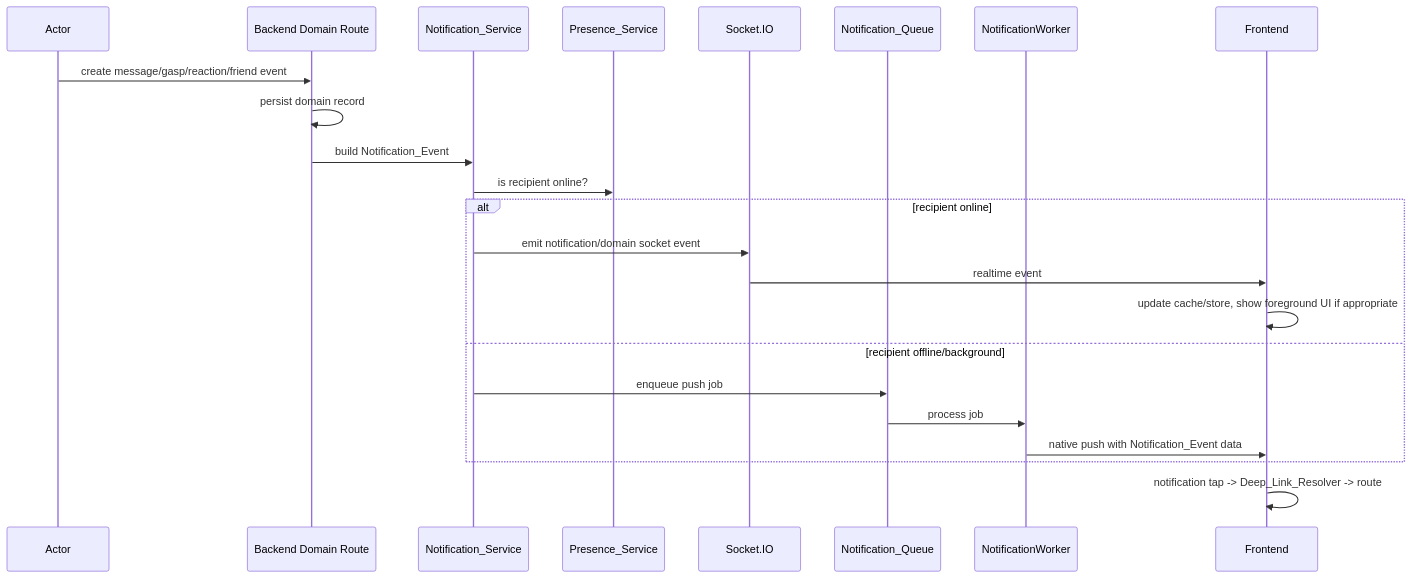
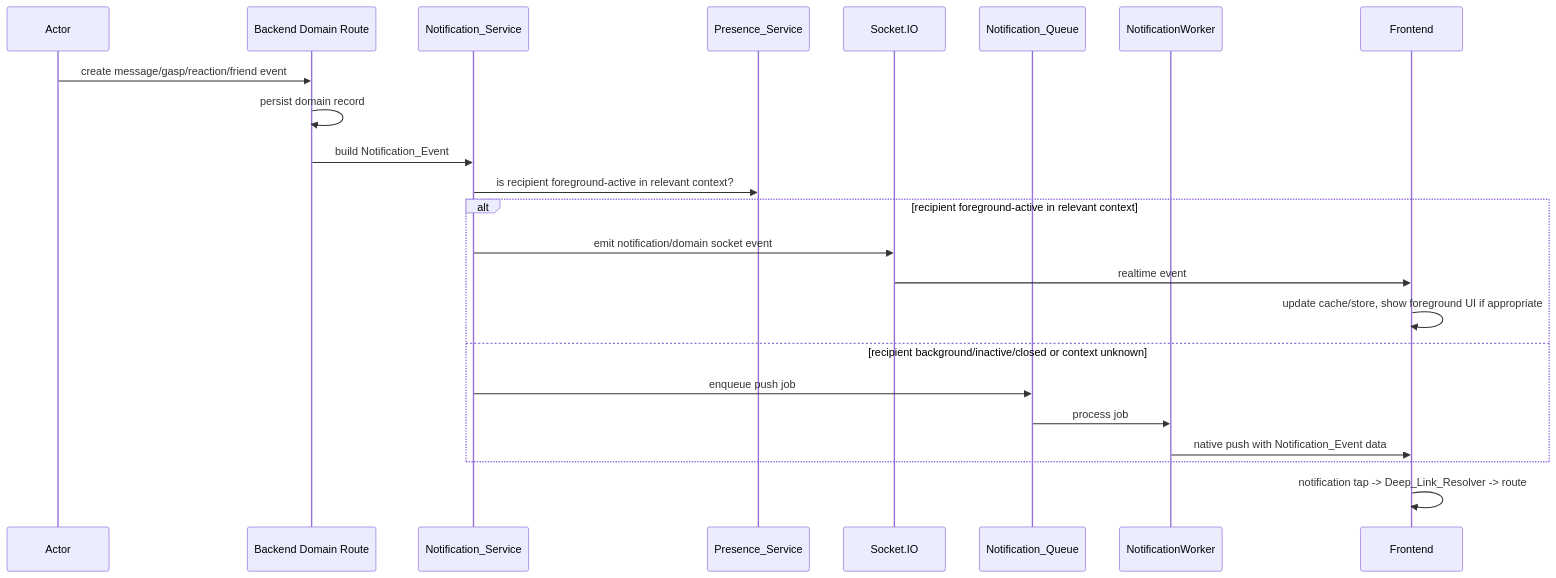
One commit to GabrielPauloT/gasp changed the diagram in .kiro/specs/gasp-notification-mvp/design.md. Above: the diagram before and after it, drawn with Mermaid. The commit also changed other lines of this file and 8 other files, not shown here.

````diff
--- a/.kiro/specs/gasp-notification-mvp/design.md
+++ b/.kiro/specs/gasp-notification-mvp/design.md
@@ -32,28 +34,28 @@
 ```mermaid
 sequenceDiagram
     participant A as Actor
     participant API as Backend Domain Route
     participant NS as Notification_Service
     participant PS as Presence_Service
     participant S as Socket.IO
     participant Q as Notification_Queue
     participant W as NotificationWorker
     participant F as Frontend
 
     A->>API: create message/gasp/reaction/friend event
     API->>API: persist domain record
     API->>NS: build Notification_Event
-    NS->>PS: is recipient online?
+    NS->>PS: is recipient foreground-active in relevant context?
 
-    alt recipient online
+    alt recipient foreground-active in relevant context
         NS->>S: emit notification/domain socket event
         S->>F: realtime event
         F->>F: update cache/store, show foreground UI if appropriate
-    else recipient offline/background
+    else recipient background/inactive/closed or context unknown
         NS->>Q: enqueue push job
         Q->>W: process job
         W->>F: native push with Notification_Event data
     end
 
     F->>F: notification tap -> Deep_Link_Resolver -> route
 ```
````
